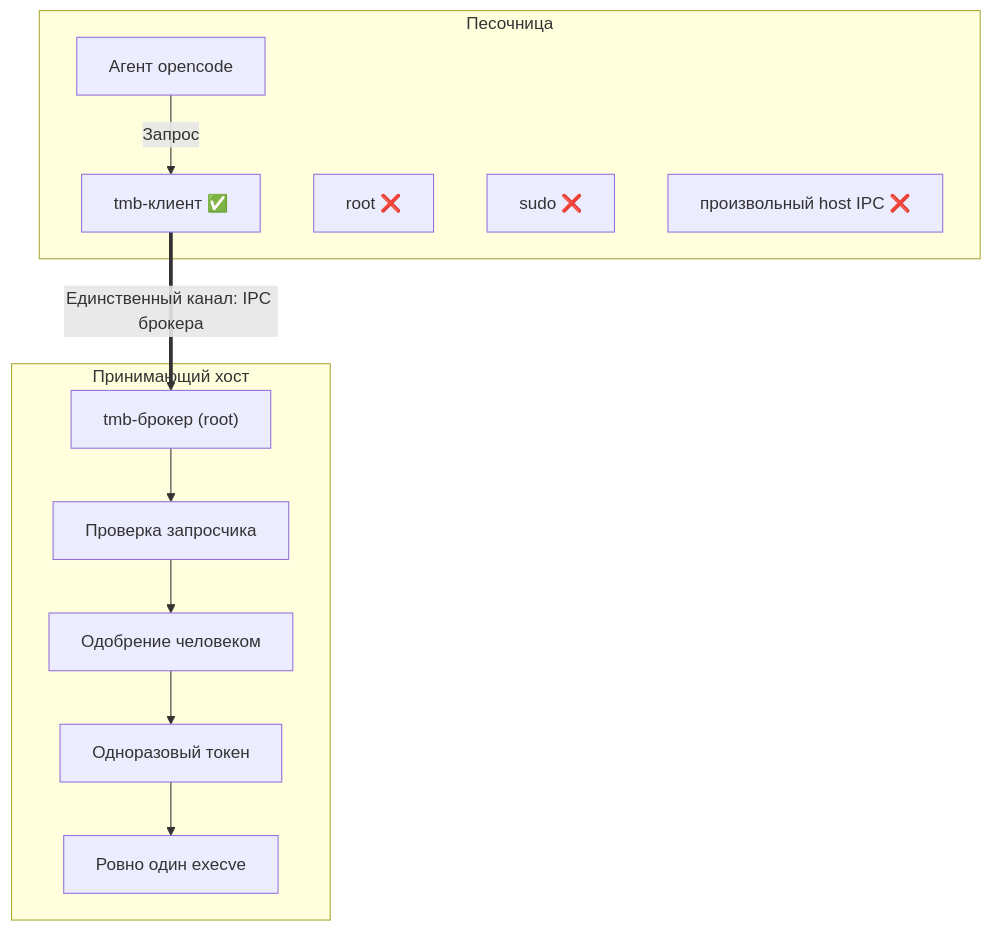
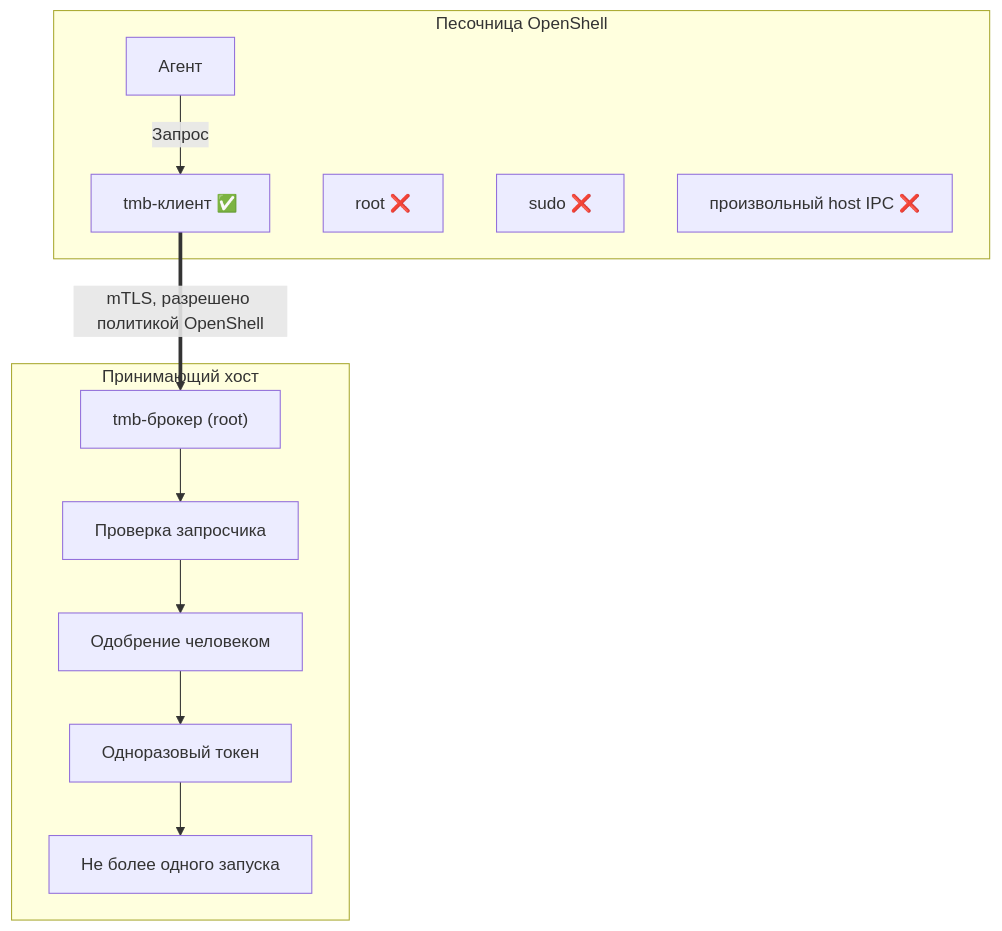
The first of 3 diagrams in README.md (Vchekryzhov/tmb), drawn with Mermaid before and after one commit. The commit also changed other lines of this file and 8 other files, not shown here.

Commit message:
docs: clarify OpenShell and agent roles across TMB documentation

````diff
--- a/README.md
+++ b/README.md
@@ -18,19 +20,19 @@
 ```mermaid
 flowchart TB
-    subgraph SB["Песочница"]
-        A["Агент opencode"]
+    subgraph SB["Песочница OpenShell"]
+        A["Агент"]
         C["tmb-клиент ✅"]
         A -->|"Запрос"| C
         X1["root ❌"]
         X2["sudo ❌"]
         X3["произвольный host IPC ❌"]
     end
     subgraph H["Принимающий хост"]
         B["tmb-брокер (root)"]
         B --> Q["Проверка запросчика"]
         Q --> O["Одобрение человеком"]
         O --> T["Одноразовый токен"]
-        T --> E["Ровно один execve"]
+        T --> E["Не более одного запуска"]
     end
-    C ==>|"Единственный канал: IPC брокера"| B
+    C ==>|"mTLS, разрешено политикой OpenShell"| B
 ```
````
